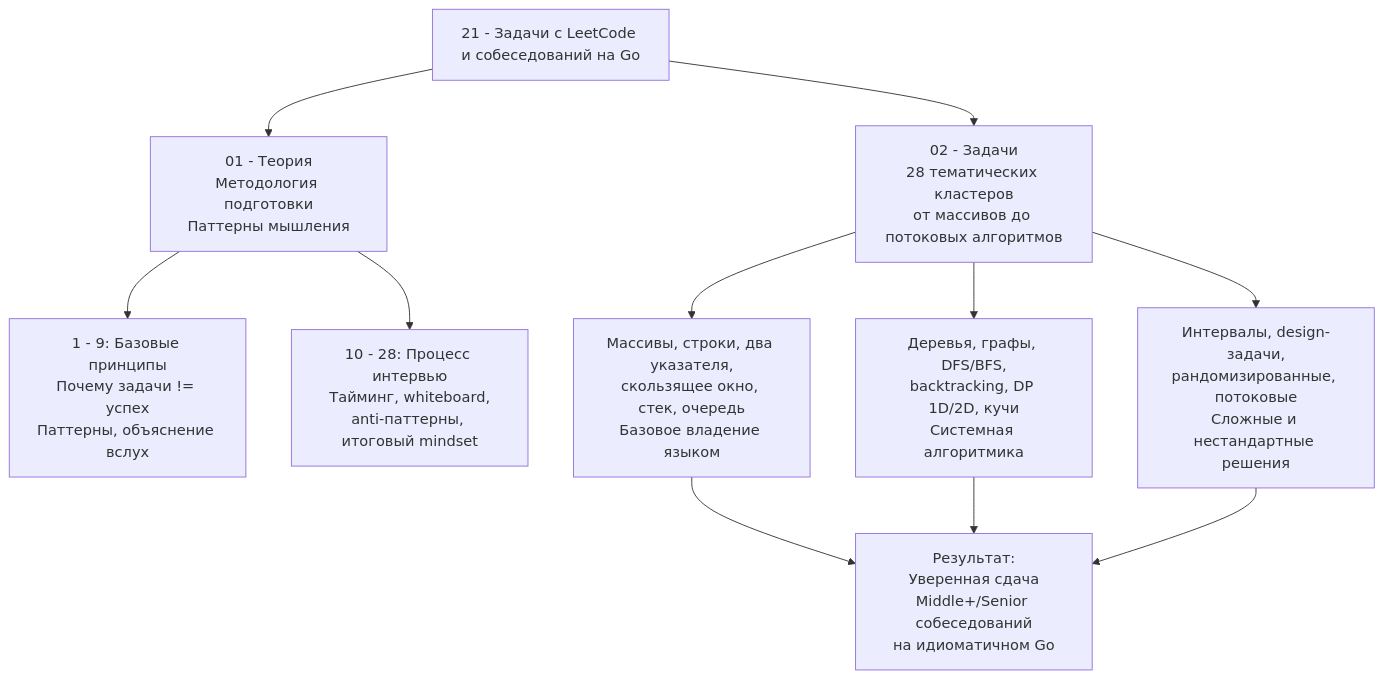
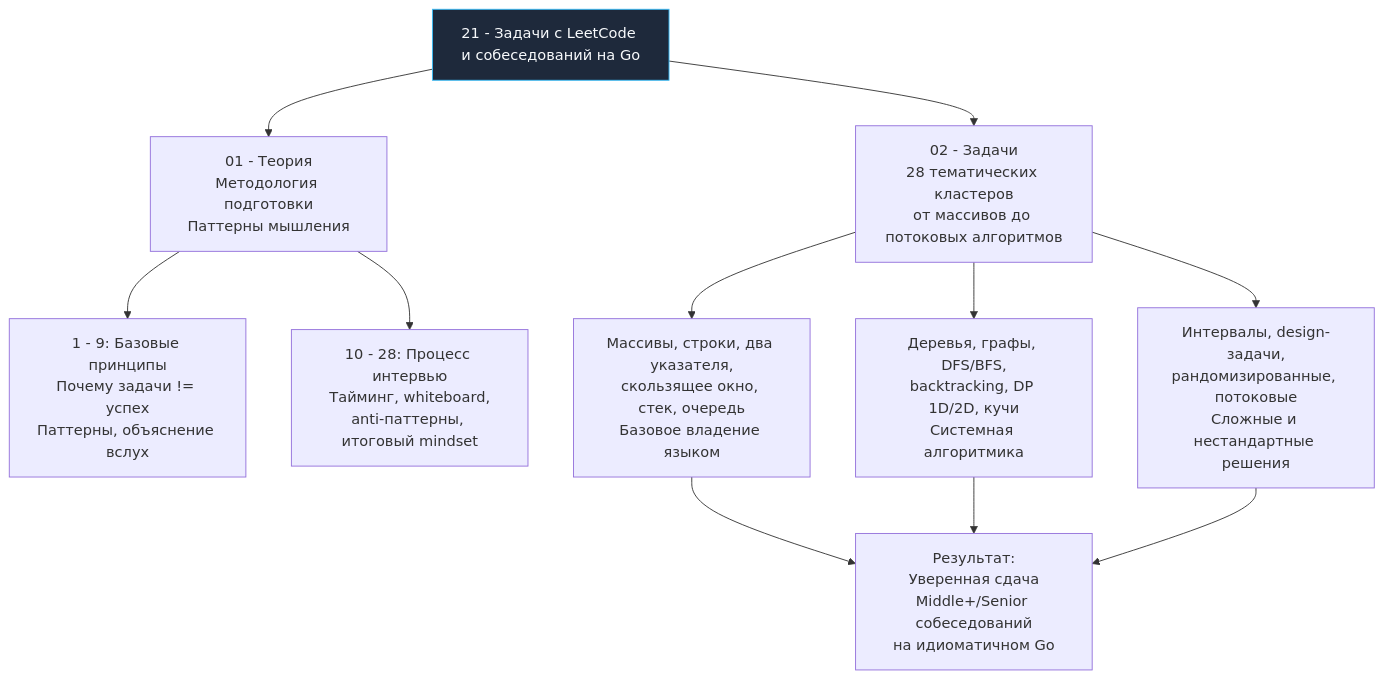
The diagram in sources/21. Задачи с LeetCode и собеседований на Go/01. Теория/1. Обзор раздела. Подготовка к алгоритмическим собеседованиям.md (UnrealTemplier/go-textbook), drawn with Mermaid before and after one commit. The commit also changed 1666 other files, not shown here.

First line of the commit message:
feat(mermaid): add semantic color classDef to 1369 colorless flowchart/graph diagrams

````diff
--- a/sources/21. Задачи с LeetCode и собеседований на Go/01. Теория/1. Обзор раздела. Подготовка к алгоритмическим собеседованиям.md
+++ b/sources/21. Задачи с LeetCode и собеседований на Go/01. Теория/1. Обзор раздела. Подготовка к алгоритмическим собеседованиям.md
@@ -18,16 +18,26 @@
 ```mermaid
 flowchart TD
-    Start["21 - Задачи с LeetCode и собеседований на Go"] --> Theory["01 - Теория<br>Методология подготовки<br>Паттерны мышления"]
+    classDef process  fill:#1e293b,stroke:#38bdf8,stroke-width:1px,color:#f8fafc
+    classDef success  fill:#064e3b,stroke:#34d399,stroke-width:1px,color:#f8fafc
+    classDef error    fill:#7f1d1d,stroke:#f87171,stroke-width:1px,color:#f8fafc
+    classDef warning  fill:#78350f,stroke:#fbbf24,stroke-width:1px,color:#f8fafc
+    classDef entry    fill:#1e3a5f,stroke:#38bdf8,stroke-width:2px,color:#f8fafc
+    classDef aux      fill:#334155,stroke:#64748b,stroke-width:1px,color:#f8fafc
+    classDef system   fill:#312e81,stroke:#a78bfa,stroke-width:1px,color:#f8fafc
+    classDef data     fill:#132d29,stroke:#2dd4bf,stroke-width:1px,color:#f8fafc
+    classDef network  fill:#881337,stroke:#fb7185,stroke-width:1px,color:#f8fafc
+    classDef accent   fill:#1e1b4b,stroke:#818cf8,stroke-width:1px,color:#f8fafc
+    Start["21 - Задачи с LeetCode и собеседований на Go"]:::process --> Theory["01 - Теория<br>Методология подготовки<br>Паттерны мышления"]
     Start --> Practice["02 - Задачи<br>28 тематических кластеров<br>от массивов до потоковых алгоритмов"]
     
     Theory --> Mindset["1 - 9: Базовые принципы<br>Почему задачи != успех<br>Паттерны, объяснение вслух"]
     Theory --> Process["10 - 28: Процесс интервью<br>Тайминг, whiteboard,<br>anti-паттерны, итоговый mindset"]
     
     Practice --> EasyClusters["Массивы, строки, два указателя,<br>скользящее окно, стек, очередь<br>Базовое владение языком"]
     Practice --> MediumClusters["Деревья, графы, DFS/BFS,<br>backtracking, DP 1D/2D, кучи<br>Системная алгоритмика"]
     Practice --> HardClusters["Интервалы, design-задачи,<br>рандомизированные, потоковые<br>Сложные и нестандартные решения"]
     
     EasyClusters --> Goal["Результат:<br>Уверенная сдача<br>Middle+/Senior собеседований<br>на идиоматичном Go"]
     MediumClusters --> Goal
     HardClusters --> Goal
 ```
````
